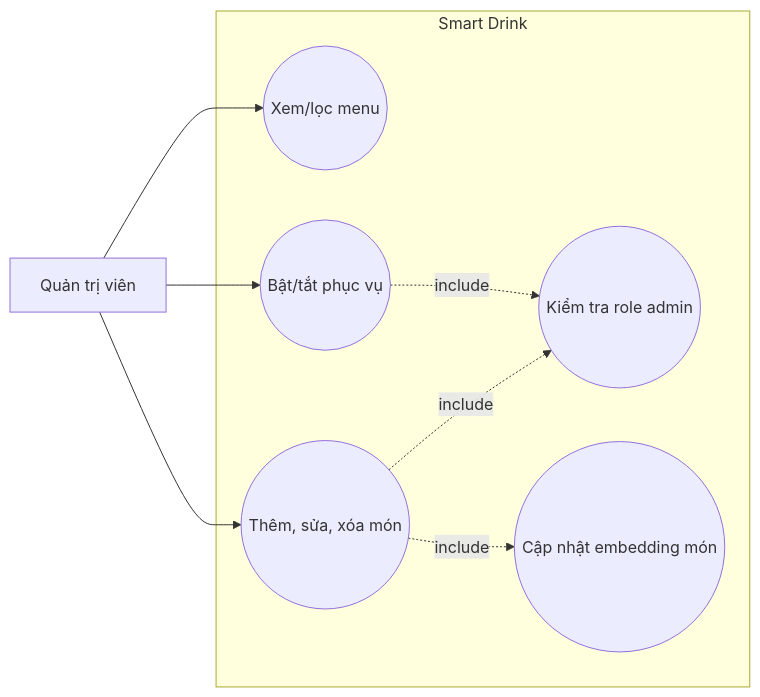
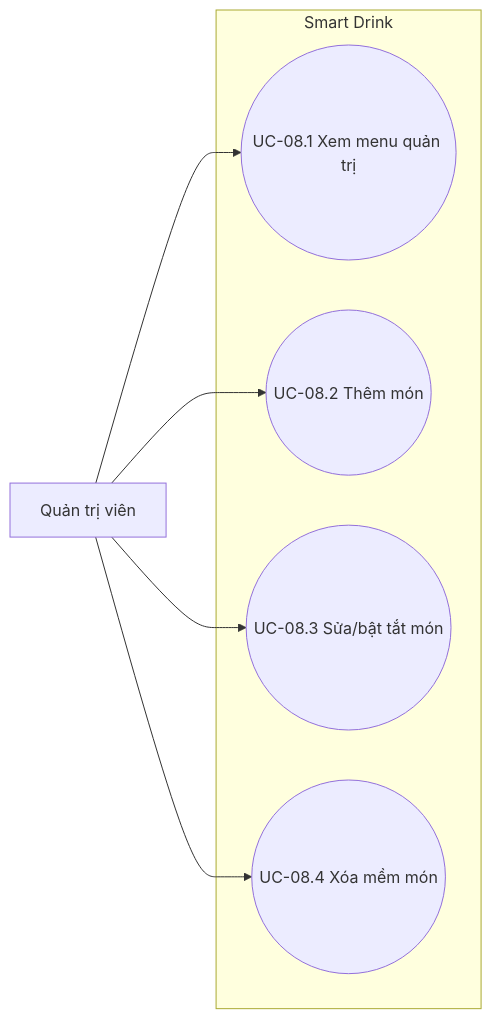
One commit to alisa12405/drink_app changed the eighth of 10 diagrams in tai_lieu_phan_tich_thiet_ke_he_thong/03-dac-ta-ca-su-dung.md. Above: the diagram before and after it, drawn with Mermaid. The commit also changed other lines of this file and 4 other files, not shown here.

````diff
--- a/tai_lieu_phan_tich_thiet_ke_he_thong/03-dac-ta-ca-su-dung.md
+++ b/tai_lieu_phan_tich_thiet_ke_he_thong/03-dac-ta-ca-su-dung.md
@@ -255,17 +396,14 @@
 ```mermaid
 flowchart LR
     Admin[Quản trị viên]
     subgraph SYS[Smart Drink]
-        List((Xem/lọc menu))
-        CRUD((Thêm, sửa, xóa món))
-        Toggle((Bật/tắt phục vụ))
-        Role((Kiểm tra role admin))
-        Embed((Cập nhật embedding món))
+        List((UC-08.1 Xem menu quản trị))
+        Create((UC-08.2 Thêm món))
+        Update((UC-08.3 Sửa/bật tắt món))
+        Delete((UC-08.4 Xóa mềm món))
     end
     Admin --> List
-    Admin --> CRUD
-    Admin --> Toggle
-    CRUD -. include .-> Role
-    Toggle -. include .-> Role
-    CRUD -. include .-> Embed
+    Admin --> Create
+    Admin --> Update
+    Admin --> Delete
 ```
````
